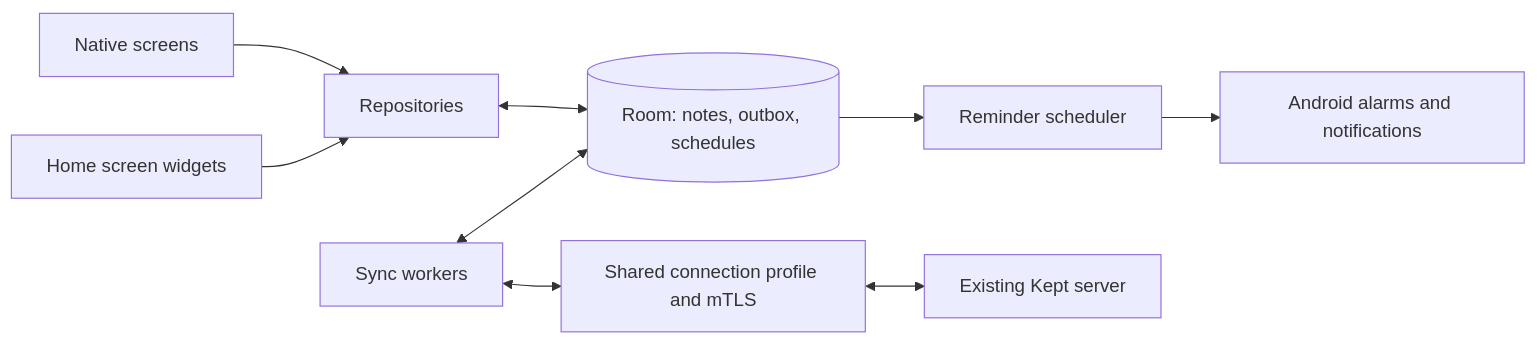
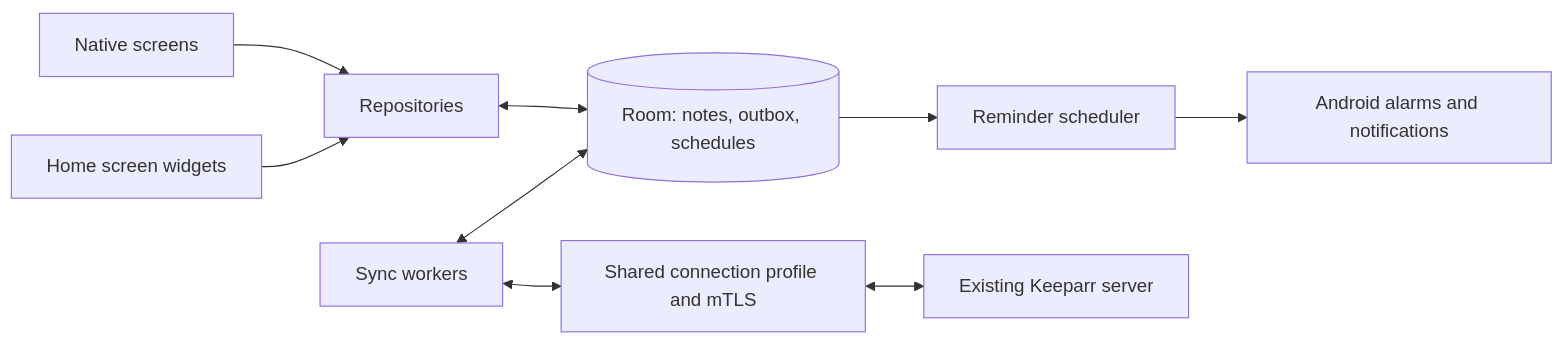
Before and after one commit to paolostivanin/Keeparr: the diagram in docs/native-android-plan.md, drawn with Mermaid. The commit also changed other lines of this file and 291 other files, not shown here.

First line of the commit message:
refactor: rename Kept to Keeparr

````diff
--- a/docs/native-android-plan.md
+++ b/docs/native-android-plan.md
@@ -67,11 +67,11 @@
 ```mermaid
 flowchart LR
     UI[Native screens] --> Repo[Repositories]
     Widgets[Home screen widgets] --> Repo
     Repo <--> DB[(Room: notes, outbox, schedules)]
     Sync[Sync workers] <--> DB
     Sync <--> Connection[Shared connection profile and mTLS]
-    Connection <--> Server[Existing Kept server]
+    Connection <--> Server[Existing Keeparr server]
     DB --> Scheduler[Reminder scheduler]
     Scheduler --> Alarms[Android alarms and notifications]
 ```
````
